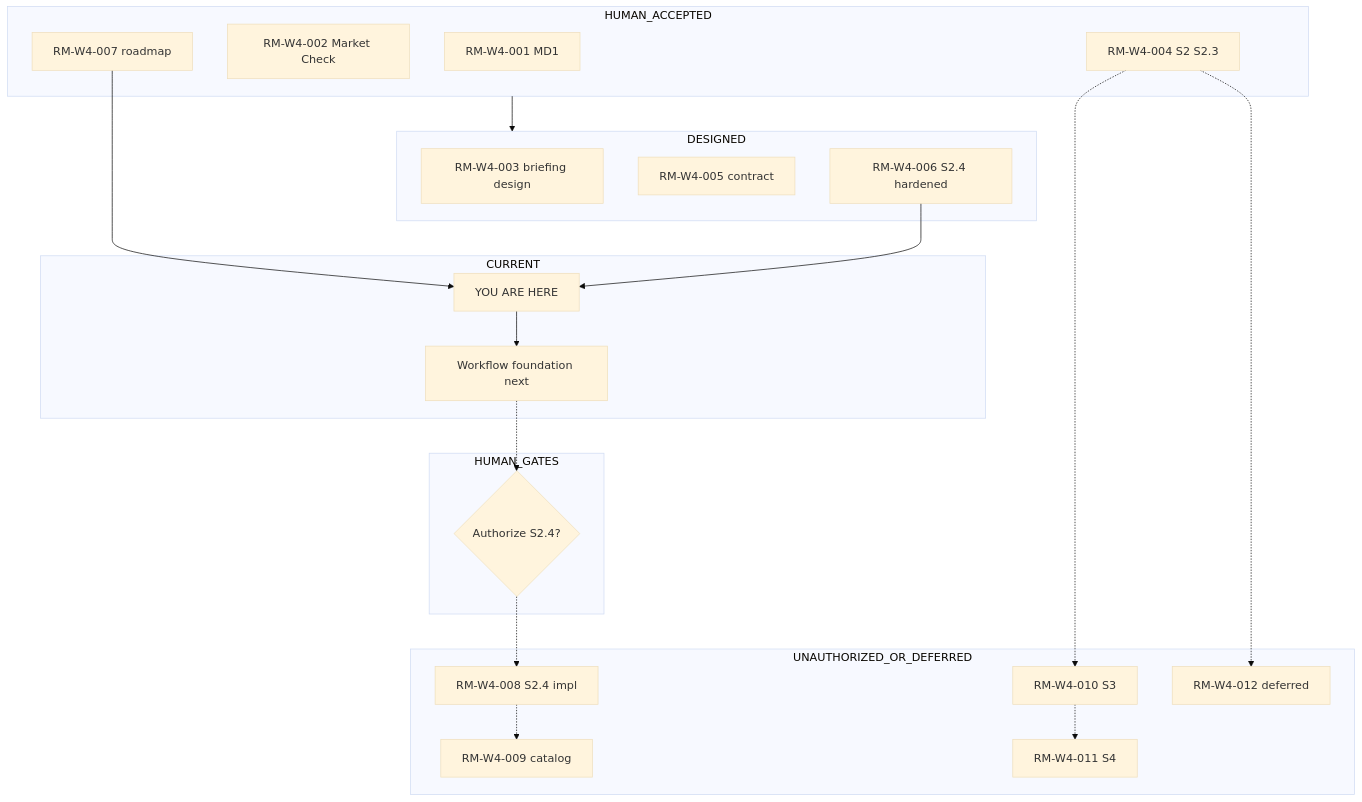
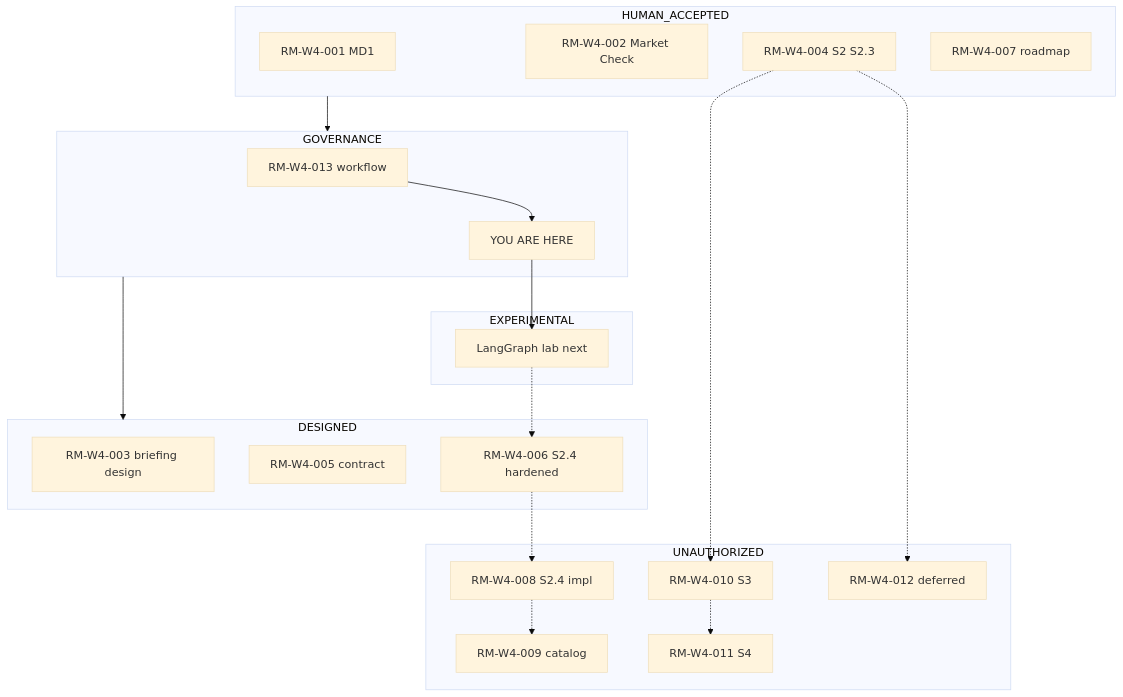
Before and after one commit to PSM44/wings4.0: the first of 6 diagrams in PORTFOLIO.ROADMAP.md, drawn with Mermaid (base theme). The commit also changed other lines of this file and 10 other files, not shown here.

Commit message:
20260821.Wings4 Establish governed HUMAN-AI workflow foundation

````diff
--- a/PORTFOLIO.ROADMAP.md
+++ b/PORTFOLIO.ROADMAP.md
@@ -84,38 +84,38 @@
 ```mermaid
 flowchart TD
   subgraph Acc[HUMAN_ACCEPTED]
     R1[RM-W4-001 MD1]
     R2[RM-W4-002 Market Check]
     R4[RM-W4-004 S2 S2.3]
     R7[RM-W4-007 roadmap]
   end
+  subgraph Gov[GOVERNANCE]
+    R13[RM-W4-013 workflow]
+    Here[YOU ARE HERE]
+  end
   subgraph Des[DESIGNED]
     R3[RM-W4-003 briefing design]
     R5[RM-W4-005 contract]
     R6[RM-W4-006 S2.4 hardened]
   end
-  subgraph Now[CURRENT]
-    Here[YOU ARE HERE]
-    Wf[Workflow foundation next]
+  subgraph Exp[EXPERIMENTAL]
+    Lab[LangGraph lab next]
   end
-  subgraph Gate[HUMAN_GATES]
-    G2{Authorize S2.4?}
-  end
-  subgraph Later[UNAUTHORIZED_OR_DEFERRED]
+  subgraph Later[UNAUTHORIZED]
     R8[RM-W4-008 S2.4 impl]
     R9[RM-W4-009 catalog]
     R10[RM-W4-010 S3]
     R11[RM-W4-011 S4]
     R12[RM-W4-012 deferred]
   end
-  Acc --> Des
-  R7 --> Here
-  R6 --> Here
-  Here --> Wf
-  Wf -.-> G2
-  G2 -.-> R8
+  Acc --> Gov
+  Gov --> Des
+  R13 --> Here
+  Here --> Lab
+  Lab -.-> R6
+  R6 -.-> R8
   R8 -.-> R9
   R4 -.-> R10
   R10 -.-> R11
   R4 -.-> R12
 ```
````
